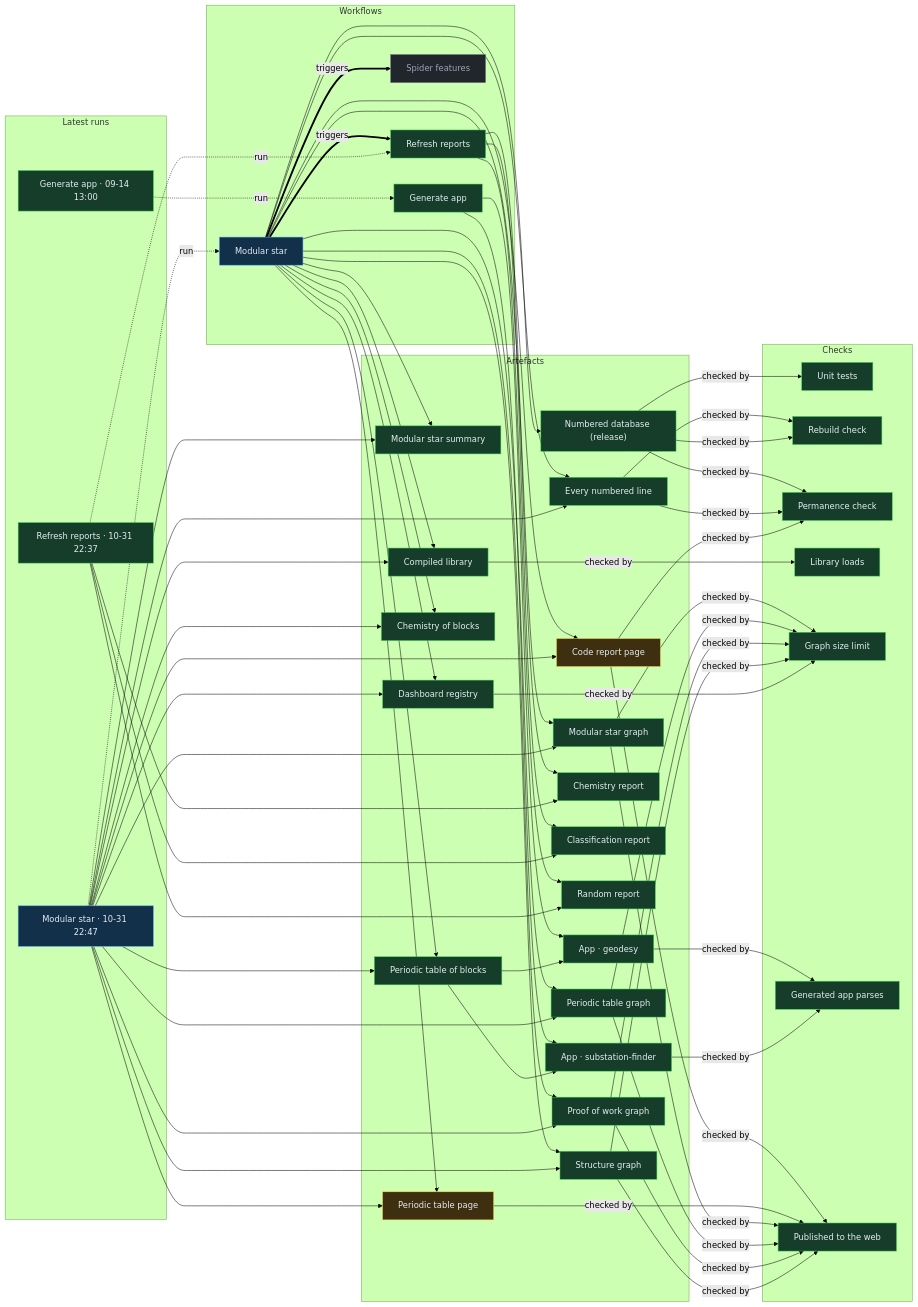
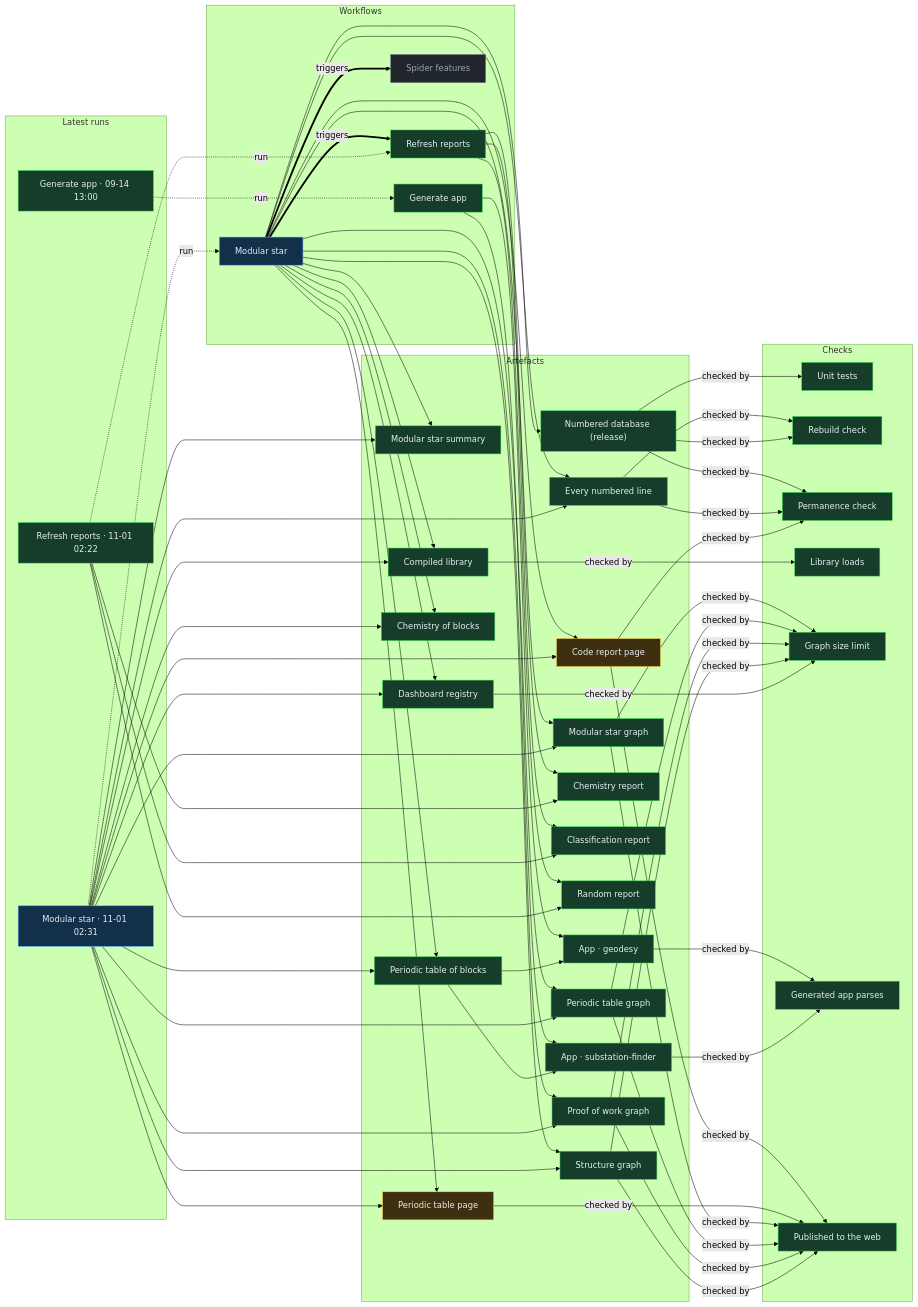
Before and after one commit to Ventusltd/stars: the diagram in proof/PROOF.md, drawn with Mermaid (forest theme). The commit also changed other lines of this file and 242 other files, not shown here.

Commit message:
Modular star 2026-11-01T02:34Z

```diff
--- a/proof/PROOF.md
+++ b/proof/PROOF.md
@@ -24,8 +24,8 @@
   n_wf_spider_features["Spider features"]:::off
   end
   subgraph g_runs["Latest runs"]
-  n_run_41249746385["Modular star · 10-31 22:47"]:::live
-  n_run_41248994998["Refresh reports · 10-31 22:37"]:::ok
+  n_run_41265549316["Modular star · 11-01 02:31"]:::live
+  n_run_41264901692["Refresh reports · 11-01 02:22"]:::ok
   n_run_34846587798["Generate app · 09-14 13:00"]:::ok
   end
   subgraph g_artefacts["Artefacts"]
@@ -59,39 +59,39 @@
   end
   n_wf_modular_star == triggers ==> n_wf_refresh
   n_wf_modular_star == triggers ==> n_wf_spider_features
-  n_run_41249746385 -. run .-> n_wf_modular_star
-  n_run_41248994998 -. run .-> n_wf_refresh
+  n_run_41265549316 -. run .-> n_wf_modular_star
+  n_run_41264901692 -. run .-> n_wf_refresh
   n_run_34846587798 -. run .-> n_wf_generate
   n_wf_modular_star --> n_art_summary
-  n_run_41249746385 --> n_art_summary
+  n_run_41265549316 --> n_art_summary
   n_wf_modular_star --> n_art_lines
-  n_run_41249746385 --> n_art_lines
+  n_run_41265549316 --> n_art_lines
   n_wf_modular_star --> n_art_code
-  n_run_41249746385 --> n_art_code
+  n_run_41265549316 --> n_art_code
   n_wf_modular_star --> n_art_modular_graph
-  n_run_41249746385 --> n_art_modular_graph
+  n_run_41265549316 --> n_art_modular_graph
   n_wf_modular_star --> n_art_blocks
-  n_run_41249746385 --> n_art_blocks
+  n_run_41265549316 --> n_art_blocks
   n_wf_modular_star --> n_art_table
-  n_run_41249746385 --> n_art_table
+  n_run_41265549316 --> n_art_table
   n_wf_modular_star --> n_art_blocks_graph
-  n_run_41249746385 --> n_art_blocks_graph
+  n_run_41265549316 --> n_art_blocks_graph
   n_wf_modular_star --> n_art_reactions
-  n_run_41249746385 --> n_art_reactions
+  n_run_41265549316 --> n_art_reactions
   n_wf_modular_star --> n_art_library
-  n_run_41249746385 --> n_art_library
+  n_run_41265549316 --> n_art_library
   n_wf_modular_star --> n_art_features
-  n_run_41249746385 --> n_art_features
+  n_run_41265549316 --> n_art_features
   n_wf_modular_star --> n_art_proof
-  n_run_41249746385 --> n_art_proof
+  n_run_41265549316 --> n_art_proof
   n_wf_modular_star --> n_art_structure
-  n_run_41249746385 --> n_art_structure
+  n_run_41265549316 --> n_art_structure
   n_wf_refresh --> n_art_chemistry
-  n_run_41248994998 --> n_art_chemistry
+  n_run_41264901692 --> n_art_chemistry
   n_wf_refresh --> n_art_vedic
-  n_run_41248994998 --> n_art_vedic
+  n_run_41264901692 --> n_art_vedic
   n_wf_refresh --> n_art_random
-  n_run_41248994998 --> n_art_random
+  n_run_41264901692 --> n_art_random
   n_wf_modular_star --> n_art_release
   n_wf_generate --> n_app_geodesy
   n_art_blocks --> n_app_geodesy
```
